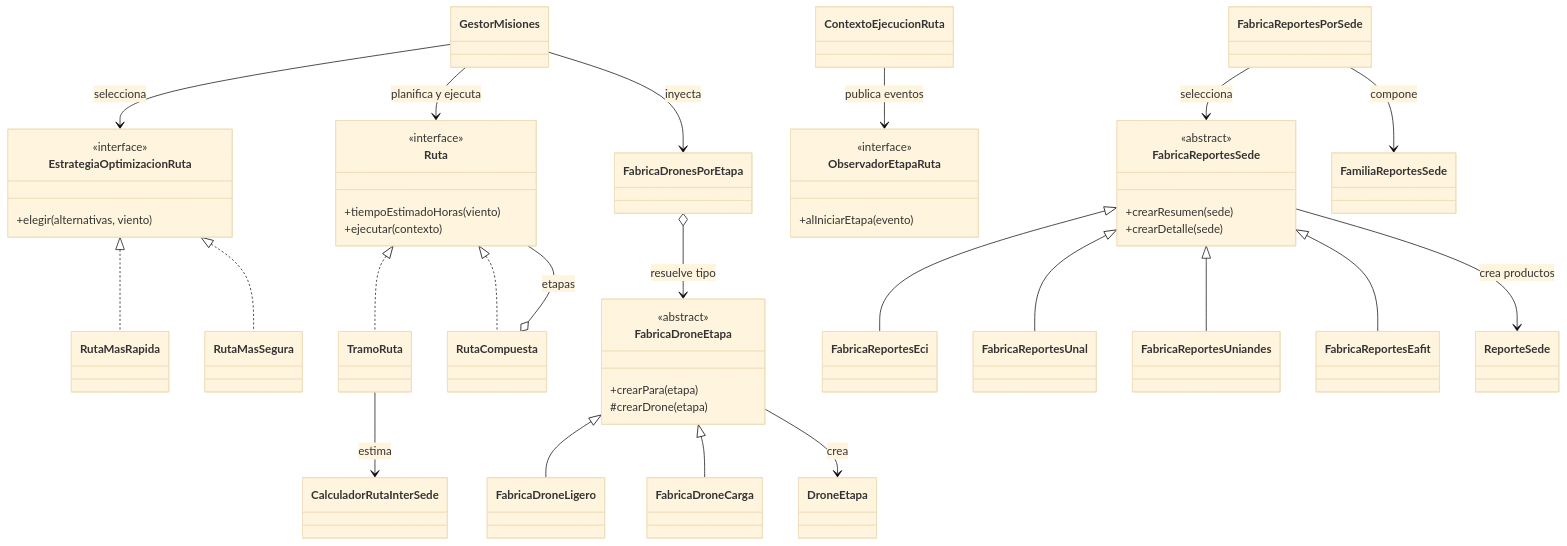
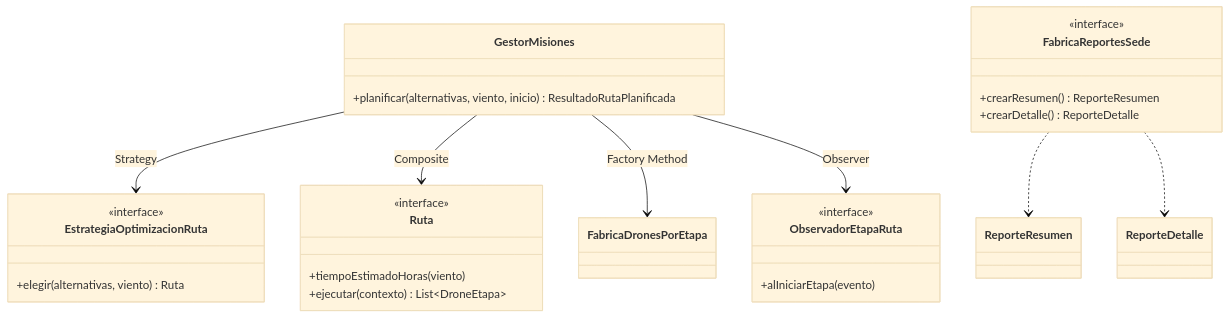
Before and after one commit to nivek2329/Refuerzo-Corte2-Equipo-Chimchar-KevinAngel: the first of 6 diagrams in Infernape/03 · Patrones de Diseño/README.md, drawn with Mermaid (base theme). The commit also changed other lines of this file and 15 other files, not shown here.

Commit message:
refactor(infernape-03): abstract factory con productos distintos por familia y justificacion por patron

````diff
--- a/Infernape/03 · Patrones de Diseño/README.md
+++ b/Infernape/03 · Patrones de Diseño/README.md
@@ -5,65 +7,31 @@
 ```mermaid
 classDiagram
-    class GestorMisiones
+    class GestorMisiones {
+        +planificar(alternativas, viento, inicio) ResultadoRutaPlanificada
+    }
     class Ruta {
         <<interface>>
         +tiempoEstimadoHoras(viento)
-        +ejecutar(contexto)
+        +ejecutar(contexto) List~DroneEtapa~
     }
-    class TramoRuta
-    class RutaCompuesta
     class EstrategiaOptimizacionRuta {
         <<interface>>
-        +elegir(alternativas, viento)
+        +elegir(alternativas, viento) Ruta
     }
-    class RutaMasRapida
-    class RutaMasSegura
     class ObservadorEtapaRuta {
         <<interface>>
         +alIniciarEtapa(evento)
     }
-    class FabricaDroneEtapa {
-        <<abstract>>
-        +crearPara(etapa)
-        #crearDrone(etapa)
+    class FabricaDronesPorEtapa
+    class FabricaReportesSede {
+        <<interface>>
+        +crearResumen() ReporteResumen
+        +crearDetalle() ReporteDetalle
     }
-    class FabricaDroneLigero
-    class FabricaDroneCarga
-    class FabricaDronesPorEtapa
-    class DroneEtapa
-    class CalculadorRutaInterSede
-    class FabricaReportesSede {
-        <<abstract>>
-        +crearResumen(sede)
-        +crearDetalle(sede)
-    }
-    class FabricaReportesPorSede
-    class ReporteSede
-    class FabricaReportesEci
-    class FabricaReportesUnal
-    class FabricaReportesUniandes
-    class FabricaReportesEafit
-    class FamiliaReportesSede
-
-    Ruta <|.. TramoRuta
-    Ruta <|.. RutaCompuesta
-    RutaCompuesta o-- Ruta : etapas
-    GestorMisiones --> EstrategiaOptimizacionRuta : selecciona
-    GestorMisiones --> Ruta : planifica y ejecuta
-    GestorMisiones --> FabricaDronesPorEtapa : inyecta
-    EstrategiaOptimizacionRuta <|.. RutaMasRapida
-    EstrategiaOptimizacionRuta <|.. RutaMasSegura
-    ContextoEjecucionRuta --> ObservadorEtapaRuta : publica eventos
-    TramoRuta --> CalculadorRutaInterSede : estima
-    FabricaDroneEtapa <|-- FabricaDroneLigero
-    FabricaDroneEtapa <|-- FabricaDroneCarga
-    FabricaDronesPorEtapa o--> FabricaDroneEtapa : resuelve tipo
-    FabricaDroneEtapa --> DroneEtapa : crea
-    FabricaReportesSede <|-- FabricaReportesEci
-    FabricaReportesSede <|-- FabricaReportesUnal
-    FabricaReportesSede <|-- FabricaReportesUniandes
-    FabricaReportesSede <|-- FabricaReportesEafit
-    FabricaReportesSede --> ReporteSede : crea productos
-    FabricaReportesPorSede --> FabricaReportesSede : selecciona
-    FabricaReportesPorSede --> FamiliaReportesSede : compone
+    GestorMisiones --> EstrategiaOptimizacionRuta : Strategy
+    GestorMisiones --> Ruta : Composite
+    GestorMisiones --> FabricaDronesPorEtapa : Factory Method
+    GestorMisiones --> ObservadorEtapaRuta : Observer
+    FabricaReportesSede ..> ReporteResumen
+    FabricaReportesSede ..> ReporteDetalle
 ```
````
